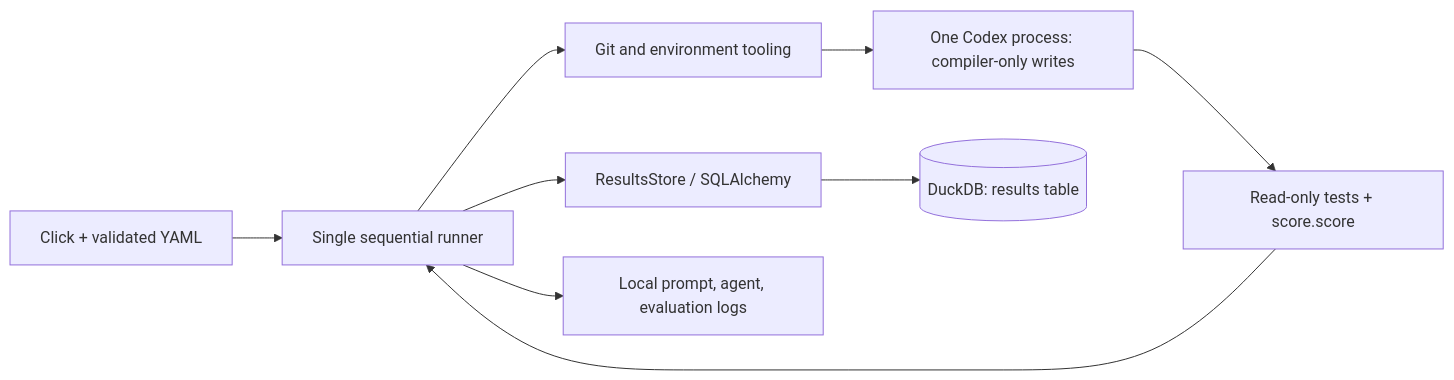
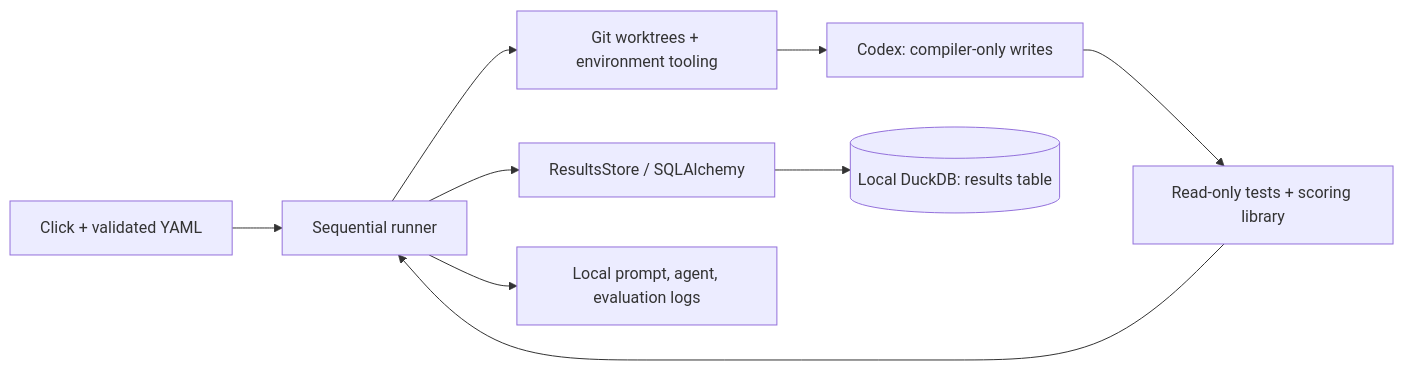
One commit to 4gatepylon/luminal-takehome-autoresearch changed the diagram in autoresearch/README.md. Above: the diagram before and after it, drawn with Mermaid. The commit also changed other lines of this file, not shown here.

````diff
--- a/autoresearch/README.md
+++ b/autoresearch/README.md
@@ -98,11 +14,11 @@
 ```mermaid
 flowchart LR
-    C[Click + validated YAML] --> R[Single sequential runner]
-    R --> G[Git and environment tooling]
-    G --> A[One Codex process: compiler-only writes]
-    A --> E[Read-only tests + score.score]
+    C[Click + validated YAML] --> R[Sequential runner]
+    R --> G[Git worktrees + environment tooling]
+    G --> A[Codex: compiler-only writes]
+    A --> E[Read-only tests + scoring library]
     E --> R
     R --> S[ResultsStore / SQLAlchemy]
-    S --> D[(DuckDB: results table)]
+    S --> D[(Local DuckDB: results table)]
     R --> L[Local prompt, agent, evaluation logs]
 ```
````
